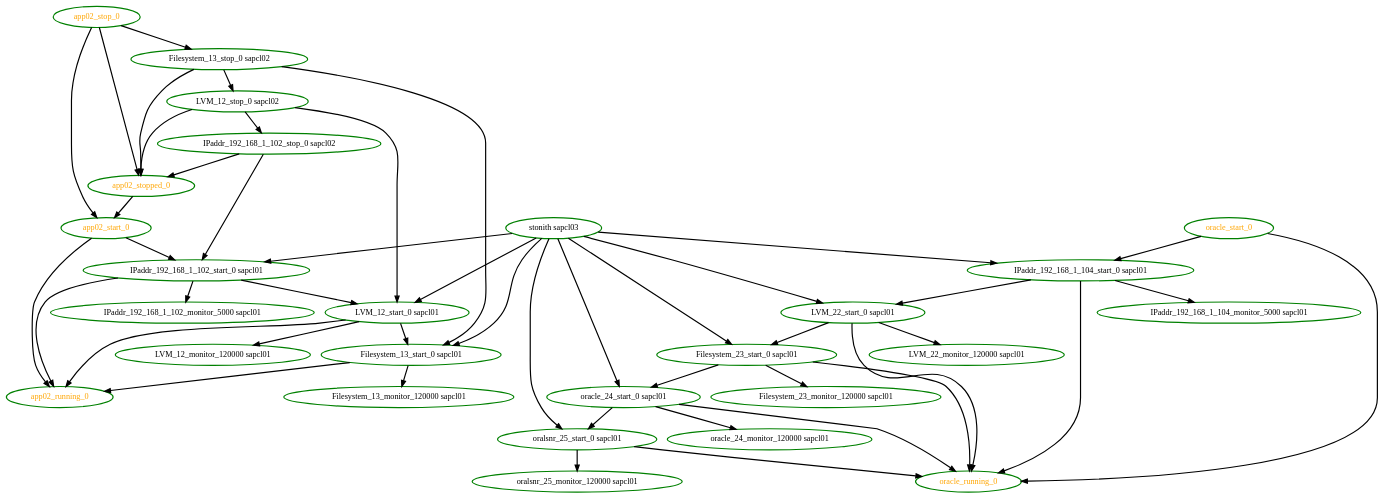
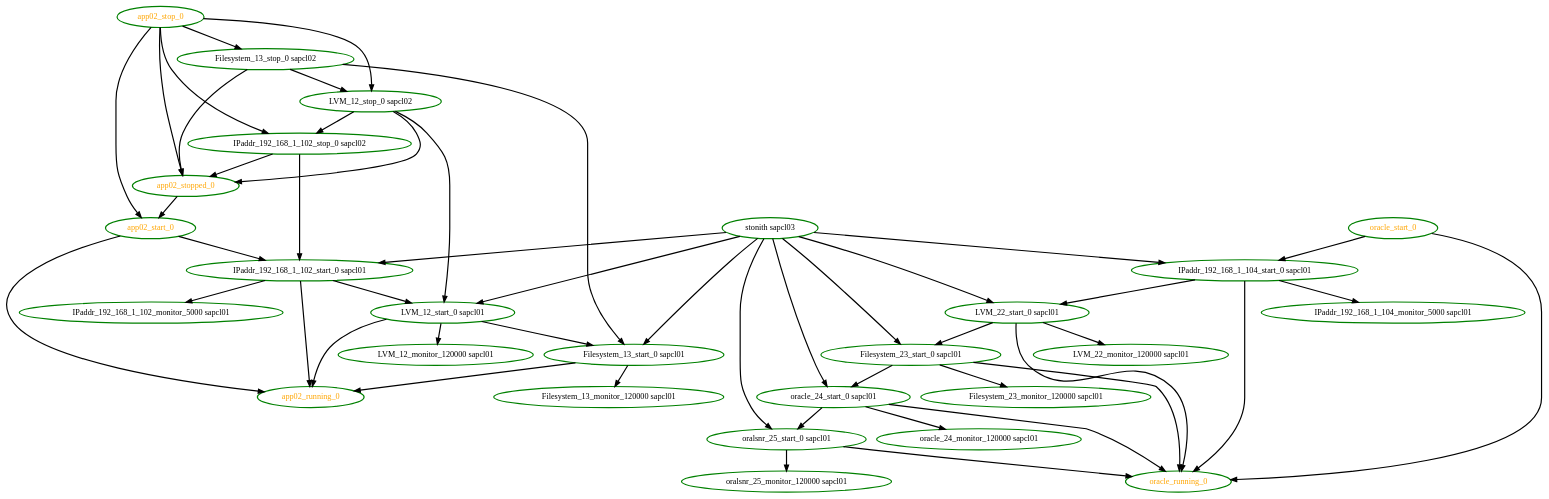
Before and after one commit to richiewen8/heartbeat: the diagram in crm/pengine/testcases/rec-node-15.dot, drawn with Graphviz. The commit also changed 36 other files, not shown here.

```diff
--- a/crm/pengine/testcases/rec-node-15.dot
+++ b/crm/pengine/testcases/rec-node-15.dot
@@ -1,74 +1,76 @@
  digraph "g" {
 "Filesystem_13_monitor_120000 sapcl01" [ style=bold color="green" fontcolor="black"  ]
 "Filesystem_13_start_0 sapcl01" -> "Filesystem_13_monitor_120000 sapcl01" [ style = bold]
 "Filesystem_13_start_0 sapcl01" -> "app02_running_0" [ style = bold]
 "Filesystem_13_start_0 sapcl01" [ style=bold color="green" fontcolor="black"  ]
 "Filesystem_13_stop_0 sapcl02" -> "Filesystem_13_start_0 sapcl01" [ style = bold]
 "Filesystem_13_stop_0 sapcl02" -> "LVM_12_stop_0 sapcl02" [ style = bold]
 "Filesystem_13_stop_0 sapcl02" -> "app02_stopped_0" [ style = bold]
 "Filesystem_13_stop_0 sapcl02" [ style=bold color="green" fontcolor="black"  ]
 "Filesystem_23_monitor_120000 sapcl01" [ style=bold color="green" fontcolor="black"  ]
 "Filesystem_23_start_0 sapcl01" -> "Filesystem_23_monitor_120000 sapcl01" [ style = bold]
 "Filesystem_23_start_0 sapcl01" -> "oracle_24_start_0 sapcl01" [ style = bold]
 "Filesystem_23_start_0 sapcl01" -> "oracle_running_0" [ style = bold]
 "Filesystem_23_start_0 sapcl01" [ style=bold color="green" fontcolor="black"  ]
 "IPaddr_192_168_1_102_monitor_5000 sapcl01" [ style=bold color="green" fontcolor="black"  ]
 "IPaddr_192_168_1_102_start_0 sapcl01" -> "IPaddr_192_168_1_102_monitor_5000 sapcl01" [ style = bold]
 "IPaddr_192_168_1_102_start_0 sapcl01" -> "LVM_12_start_0 sapcl01" [ style = bold]
 "IPaddr_192_168_1_102_start_0 sapcl01" -> "app02_running_0" [ style = bold]
 "IPaddr_192_168_1_102_start_0 sapcl01" [ style=bold color="green" fontcolor="black"  ]
 "IPaddr_192_168_1_102_stop_0 sapcl02" -> "IPaddr_192_168_1_102_start_0 sapcl01" [ style = bold]
 "IPaddr_192_168_1_102_stop_0 sapcl02" -> "app02_stopped_0" [ style = bold]
 "IPaddr_192_168_1_102_stop_0 sapcl02" [ style=bold color="green" fontcolor="black"  ]
 "IPaddr_192_168_1_104_monitor_5000 sapcl01" [ style=bold color="green" fontcolor="black"  ]
 "IPaddr_192_168_1_104_start_0 sapcl01" -> "IPaddr_192_168_1_104_monitor_5000 sapcl01" [ style = bold]
 "IPaddr_192_168_1_104_start_0 sapcl01" -> "LVM_22_start_0 sapcl01" [ style = bold]
 "IPaddr_192_168_1_104_start_0 sapcl01" -> "oracle_running_0" [ style = bold]
 "IPaddr_192_168_1_104_start_0 sapcl01" [ style=bold color="green" fontcolor="black"  ]
 "LVM_12_monitor_120000 sapcl01" [ style=bold color="green" fontcolor="black"  ]
 "LVM_12_start_0 sapcl01" -> "Filesystem_13_start_0 sapcl01" [ style = bold]
 "LVM_12_start_0 sapcl01" -> "LVM_12_monitor_120000 sapcl01" [ style = bold]
 "LVM_12_start_0 sapcl01" -> "app02_running_0" [ style = bold]
 "LVM_12_start_0 sapcl01" [ style=bold color="green" fontcolor="black"  ]
 "LVM_12_stop_0 sapcl02" -> "IPaddr_192_168_1_102_stop_0 sapcl02" [ style = bold]
 "LVM_12_stop_0 sapcl02" -> "LVM_12_start_0 sapcl01" [ style = bold]
 "LVM_12_stop_0 sapcl02" -> "app02_stopped_0" [ style = bold]
 "LVM_12_stop_0 sapcl02" [ style=bold color="green" fontcolor="black"  ]
 "LVM_22_monitor_120000 sapcl01" [ style=bold color="green" fontcolor="black"  ]
 "LVM_22_start_0 sapcl01" -> "Filesystem_23_start_0 sapcl01" [ style = bold]
 "LVM_22_start_0 sapcl01" -> "LVM_22_monitor_120000 sapcl01" [ style = bold]
 "LVM_22_start_0 sapcl01" -> "oracle_running_0" [ style = bold]
 "LVM_22_start_0 sapcl01" [ style=bold color="green" fontcolor="black"  ]
 "app02_running_0" [ style=bold color="green" fontcolor="orange"  ]
 "app02_start_0" -> "IPaddr_192_168_1_102_start_0 sapcl01" [ style = bold]
 "app02_start_0" -> "app02_running_0" [ style = bold]
 "app02_start_0" [ style=bold color="green" fontcolor="orange"  ]
 "app02_stop_0" -> "Filesystem_13_stop_0 sapcl02" [ style = bold]
+"app02_stop_0" -> "IPaddr_192_168_1_102_stop_0 sapcl02" [ style = bold]
+"app02_stop_0" -> "LVM_12_stop_0 sapcl02" [ style = bold]
 "app02_stop_0" -> "app02_start_0" [ style = bold]
 "app02_stop_0" -> "app02_stopped_0" [ style = bold]
 "app02_stop_0" [ style=bold color="green" fontcolor="orange"  ]
 "app02_stopped_0" -> "app02_start_0" [ style = bold]
 "app02_stopped_0" [ style=bold color="green" fontcolor="orange"  ]
 "oracle_24_monitor_120000 sapcl01" [ style=bold color="green" fontcolor="black"  ]
 "oracle_24_start_0 sapcl01" -> "oracle_24_monitor_120000 sapcl01" [ style = bold]
 "oracle_24_start_0 sapcl01" -> "oracle_running_0" [ style = bold]
 "oracle_24_start_0 sapcl01" -> "oralsnr_25_start_0 sapcl01" [ style = bold]
 "oracle_24_start_0 sapcl01" [ style=bold color="green" fontcolor="black"  ]
 "oracle_running_0" [ style=bold color="green" fontcolor="orange"  ]
 "oracle_start_0" -> "IPaddr_192_168_1_104_start_0 sapcl01" [ style = bold]
 "oracle_start_0" -> "oracle_running_0" [ style = bold]
 "oracle_start_0" [ style=bold color="green" fontcolor="orange"  ]
 "oralsnr_25_monitor_120000 sapcl01" [ style=bold color="green" fontcolor="black"  ]
 "oralsnr_25_start_0 sapcl01" -> "oracle_running_0" [ style = bold]
 "oralsnr_25_start_0 sapcl01" -> "oralsnr_25_monitor_120000 sapcl01" [ style = bold]
 "oralsnr_25_start_0 sapcl01" [ style=bold color="green" fontcolor="black"  ]
 "stonith sapcl03" -> "Filesystem_13_start_0 sapcl01" [ style = bold]
 "stonith sapcl03" -> "Filesystem_23_start_0 sapcl01" [ style = bold]
 "stonith sapcl03" -> "IPaddr_192_168_1_102_start_0 sapcl01" [ style = bold]
 "stonith sapcl03" -> "IPaddr_192_168_1_104_start_0 sapcl01" [ style = bold]
 "stonith sapcl03" -> "LVM_12_start_0 sapcl01" [ style = bold]
 "stonith sapcl03" -> "LVM_22_start_0 sapcl01" [ style = bold]
 "stonith sapcl03" -> "oracle_24_start_0 sapcl01" [ style = bold]
 "stonith sapcl03" -> "oralsnr_25_start_0 sapcl01" [ style = bold]
 "stonith sapcl03" [ style=bold color="green" fontcolor="black"  ]
 }
```
